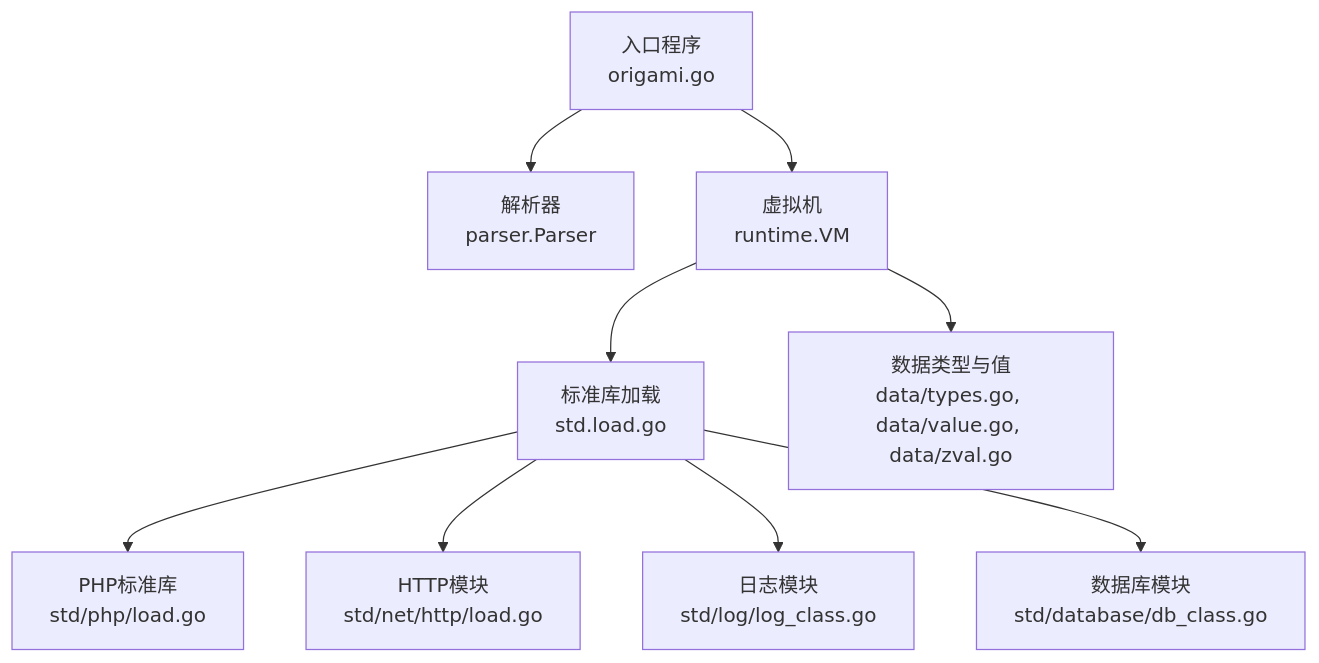
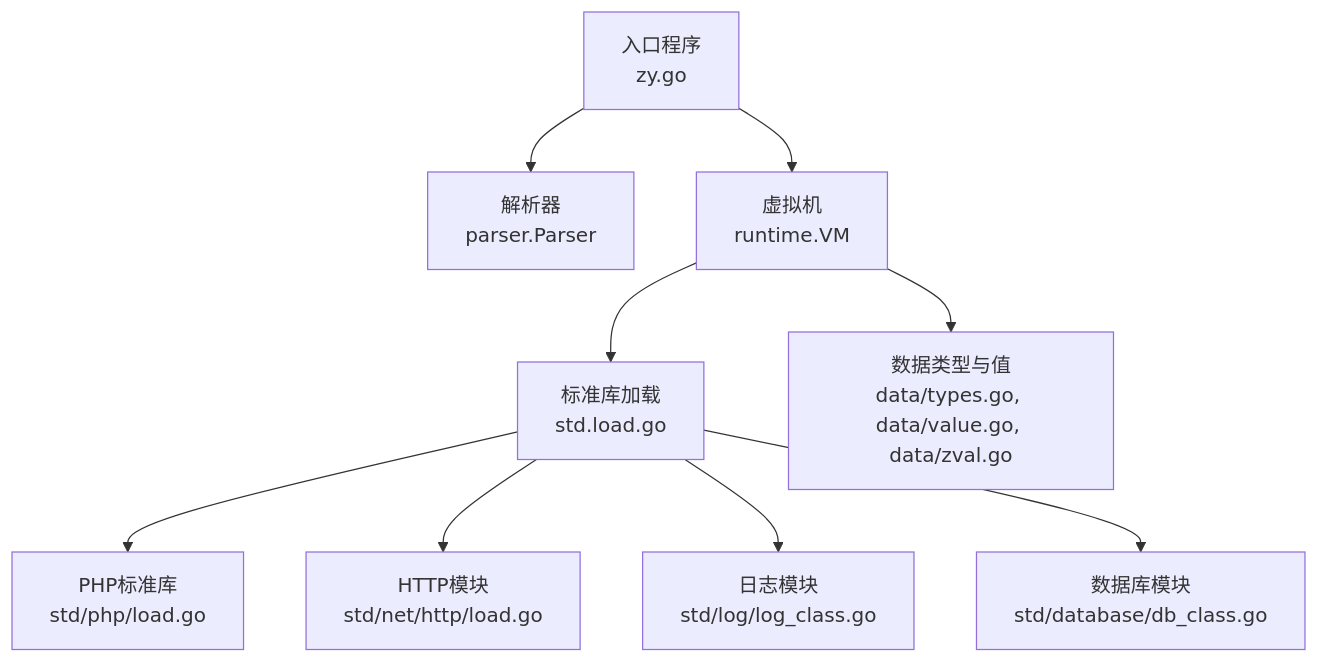
The first of 4 diagrams in .qoder/repowiki/zh/content/API参考/API参考.md (php-any/origami), drawn with Mermaid before and after one commit. The commit also changed other lines of this file and 21 other files, not shown here.

````diff
--- a/.qoder/repowiki/zh/content/API参考/API参考.md
+++ b/.qoder/repowiki/zh/content/API参考/API参考.md
@@ -55,11 +55,11 @@
 ```mermaid
 graph TB
-A["入口程序<br/>origami.go"] --> B["解析器<br/>parser.Parser"]
+A["入口程序<br/>zy.go"] --> B["解析器<br/>parser.Parser"]
 A --> C["虚拟机<br/>runtime.VM"]
 C --> D["标准库加载<br/>std.load.go"]
 D --> E["PHP标准库<br/>std/php/load.go"]
 D --> F["HTTP模块<br/>std/net/http/load.go"]
 D --> G["日志模块<br/>std/log/log_class.go"]
 D --> H["数据库模块<br/>std/database/db_class.go"]
 C --> I["数据类型与值<br/>data/types.go, data/value.go, data/zval.go"]
 ```
````
